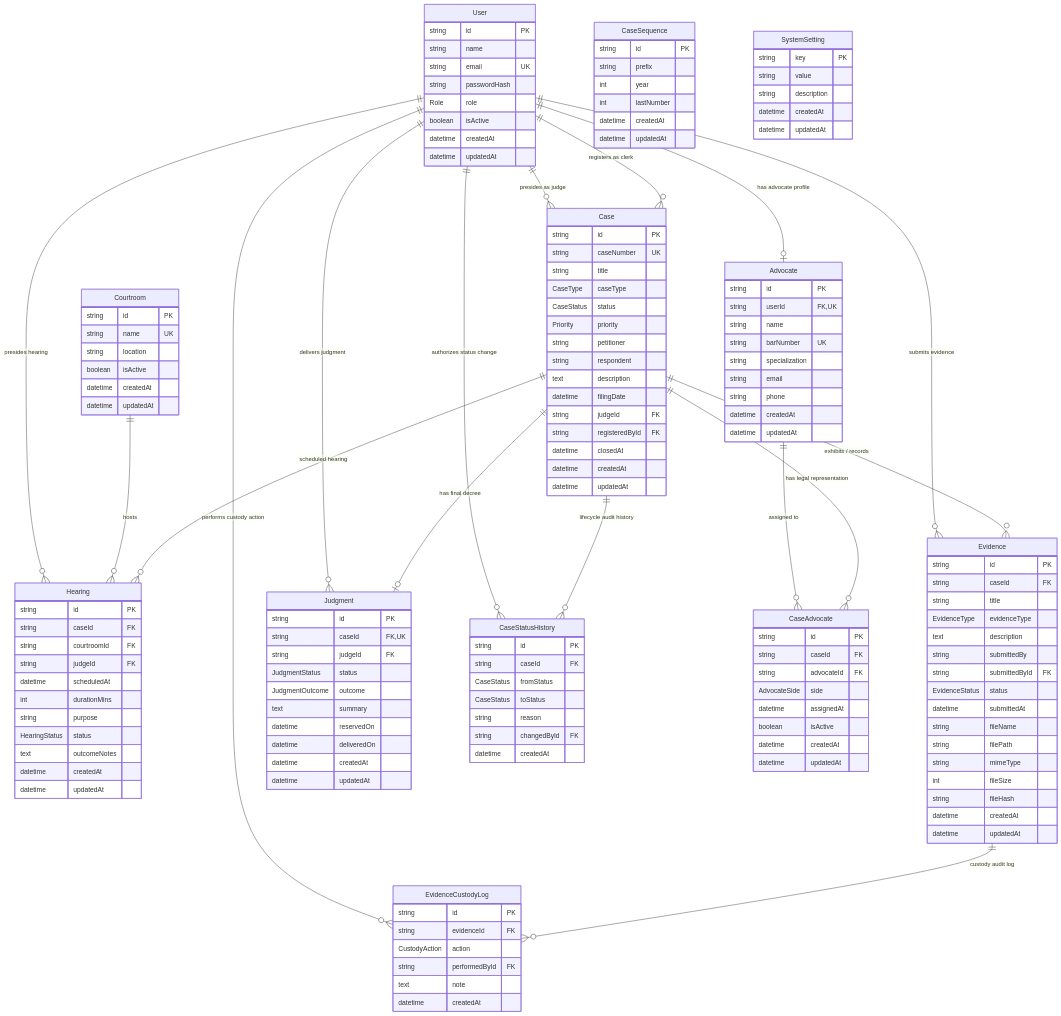
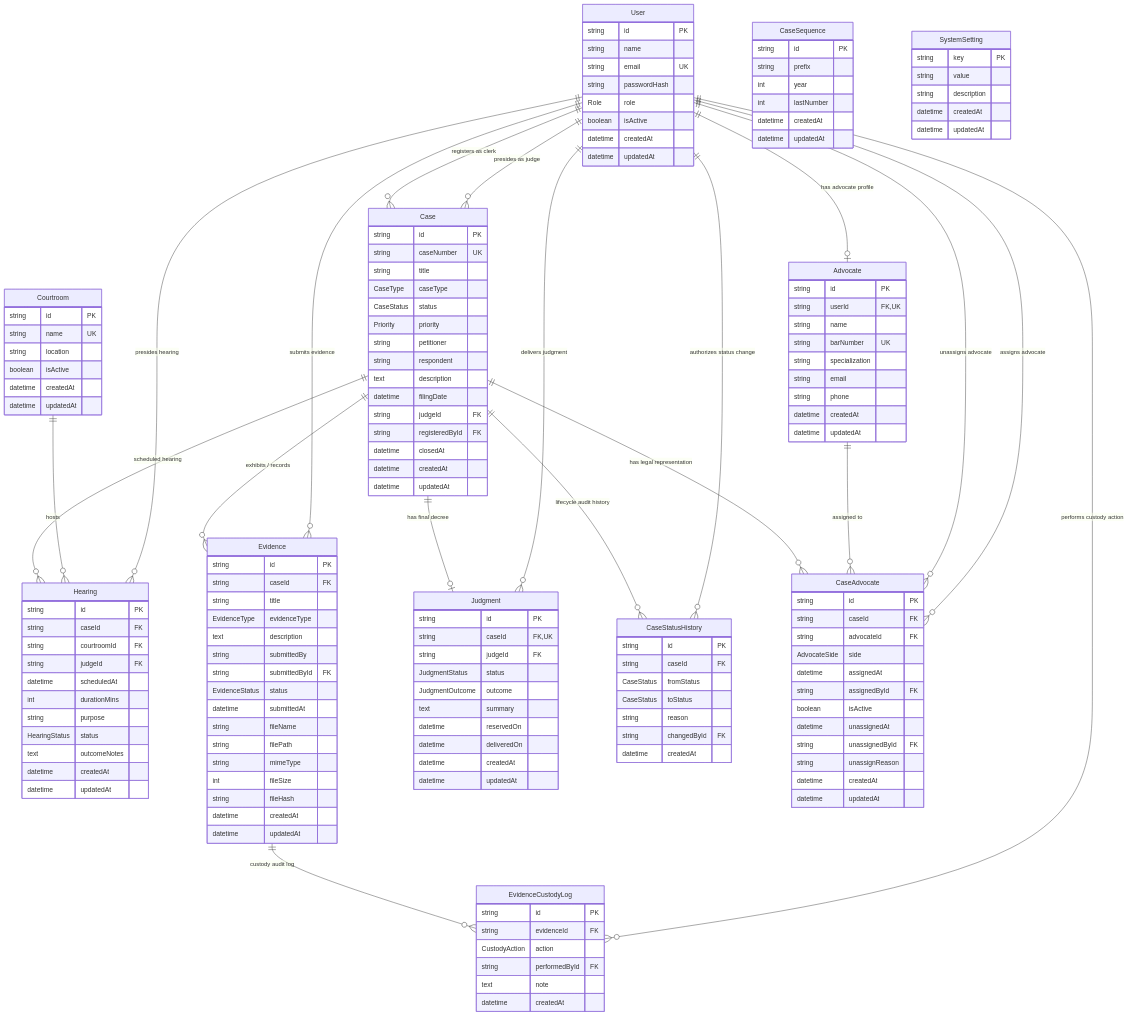
One commit to Allengits/ccm_allen changed the diagram in docs/DATABASE.md. Above: the diagram before and after it, drawn with Mermaid. The commit also changed other lines of this file and 34 other files, not shown here.

Commit message:
feat: Phase 5 - Advocate management and case assignment with lifecycle automation

```diff
--- a/docs/DATABASE.md
+++ b/docs/DATABASE.md
@@ -16,6 +16,8 @@
     User ||--o{ EvidenceCustodyLog : "performs custody action"
     User ||--o{ Judgment : "delivers judgment"
     User ||--o{ CaseStatusHistory : "authorizes status change"
+    User ||--o{ CaseAdvocate : "assigns advocate"
+    User ||--o{ CaseAdvocate : "unassigns advocate"
 
     Advocate ||--o{ CaseAdvocate : "assigned to"
     Case ||--o{ CaseAdvocate : "has legal representation"
@@ -85,7 +87,11 @@
         string advocateId FK
         AdvocateSide side
         datetime assignedAt
+        string assignedById FK
         boolean isActive
+        datetime unassignedAt
+        string unassignedById FK
+        string unassignReason
         datetime createdAt
         datetime updatedAt
     }
```
